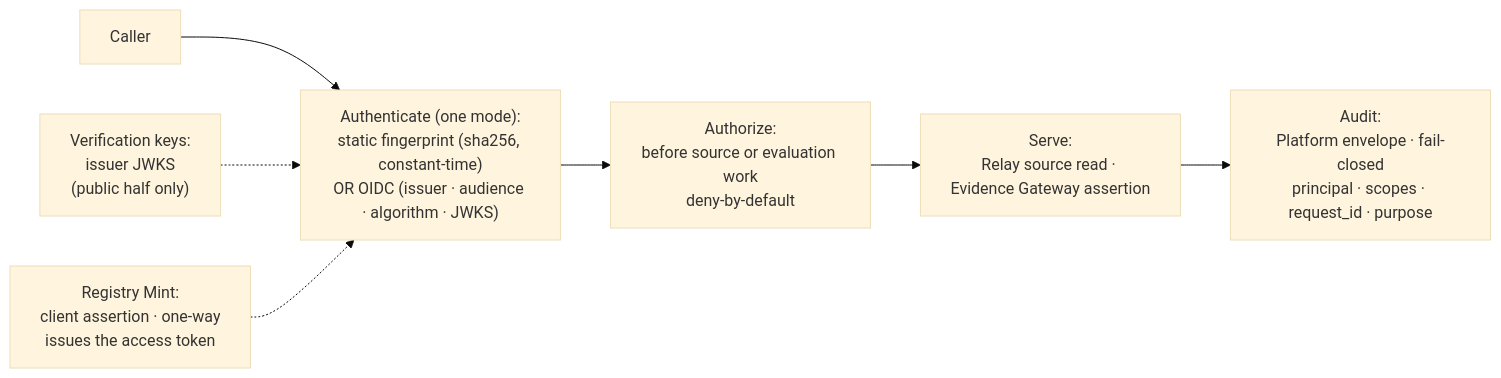
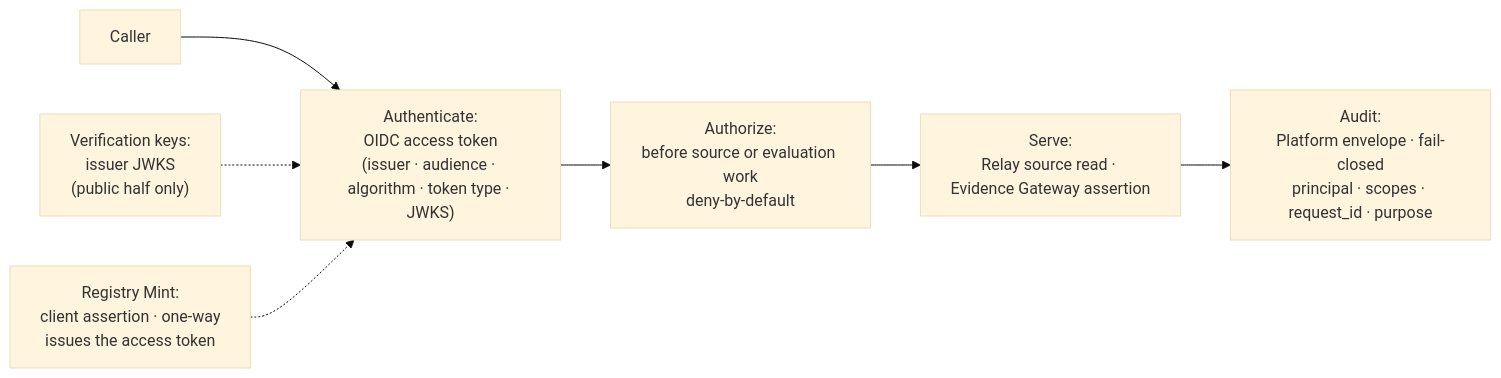
The diagram in docs/site/src/content/docs/spec/rs-sec-g.mdx (registrystack/registry-stack), drawn with Mermaid (base theme) before and after one commit. The commit also changed other lines of this file and 185 other files, not shown here.

````diff
--- a/docs/site/src/content/docs/spec/rs-sec-g.mdx
+++ b/docs/site/src/content/docs/spec/rs-sec-g.mdx
@@ -76,11 +77,11 @@
 ```mermaid
 flowchart LR
     caller["Caller"]
-    authn["Authenticate (one mode):<br/>static fingerprint (sha256, constant-time)<br/>OR OIDC (issuer · audience · algorithm · JWKS)"]
+    authn["Authenticate:<br/>OIDC access token<br/>(issuer · audience · algorithm · token type · JWKS)"]
     authz["Authorize:<br/>before source or evaluation work<br/>deny-by-default"]
     serve["Serve:<br/>Relay source read · Evidence Gateway assertion"]
     audit["Audit:<br/>Platform envelope · fail-closed<br/>principal · scopes · request_id · purpose"]
     caller --> authn --> authz --> serve --> audit
     keys["Verification keys:<br/>issuer JWKS<br/>(public half only)"] -.-> authn
     mint["Registry Mint:<br/>client assertion · one-way<br/>issues the access token"] -.-> authn
 ```
````
